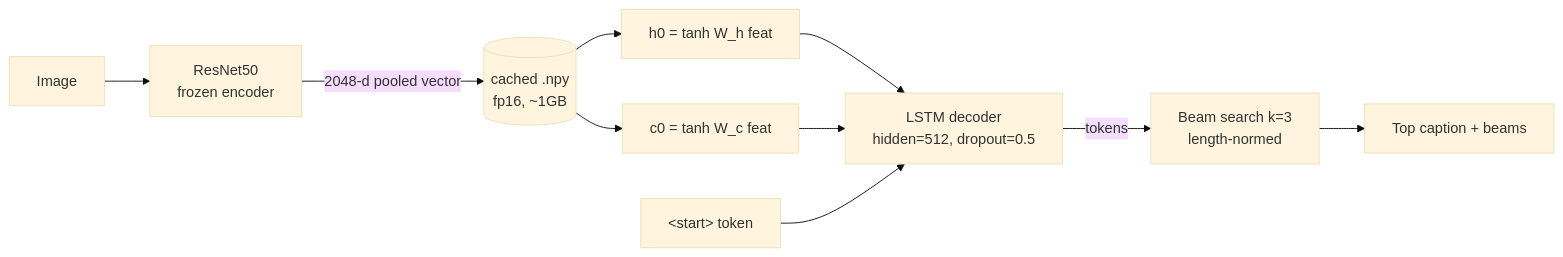
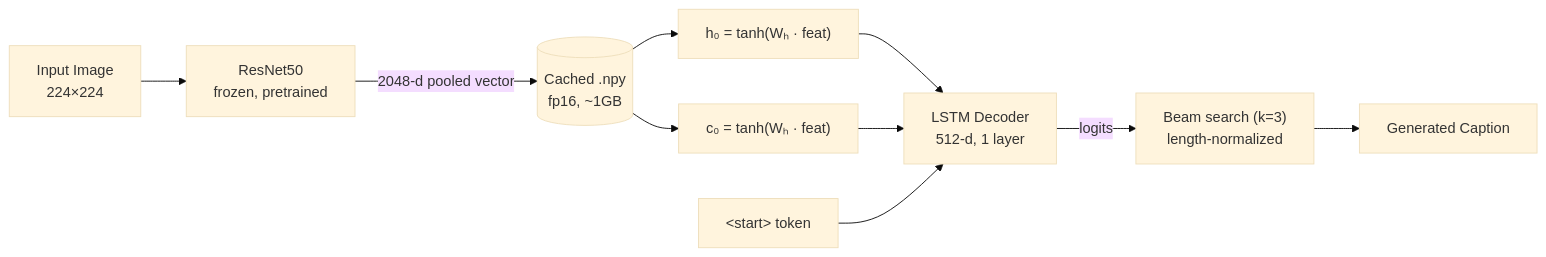
One commit to MohamedShakshak/Image-Captioning changed the diagram in README.md. Above: the diagram before and after it, drawn with Mermaid (base theme). The commit also changed other lines of this file and 2 other files, not shown here.

````diff
--- a/README.md
+++ b/README.md
@@ -21,12 +48,12 @@
 ```mermaid
 flowchart LR
-    img[Image] --> enc[ResNet50<br/>frozen encoder]
-    enc -->|2048-d pooled vector| cache[(cached .npy<br/>fp16, ~1GB)]
-    cache --> h0[h0 = tanh W_h feat]
-    cache --> c0[c0 = tanh W_c feat]
-    h0 --> dec[LSTM decoder<br/>hidden=512, dropout=0.5]
-    c0 --> dec
-    start[&lt;start&gt; token] --> dec
-    dec -->|tokens| beam[Beam search k=3<br/>length-normed]
-    beam --> cap[Top caption + beams]
+    img[Input Image<br/>224×224] --> enc[ResNet50<br/>frozen, pretrained]
+    enc -->|2048-d pooled vector| cache[(Cached .npy<br/>fp16, ~1GB)]
+    cache --> h0
+    cache --> c0
+    h0["h₀ = tanh(Wₕ · feat)"] --> dec[LSTM Decoder<br/>512-d, 1 layer]
+    c0["c₀ = tanh(Wₕ · feat)"] --> dec
+    tok["&lt;start&gt; token"] --> dec
+    dec -->|logits| beam["Beam search (k=3)<br/>length-normalized"]
+    beam --> caption[Generated Caption]
 ```
````
